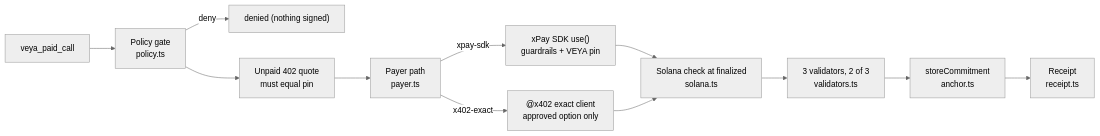
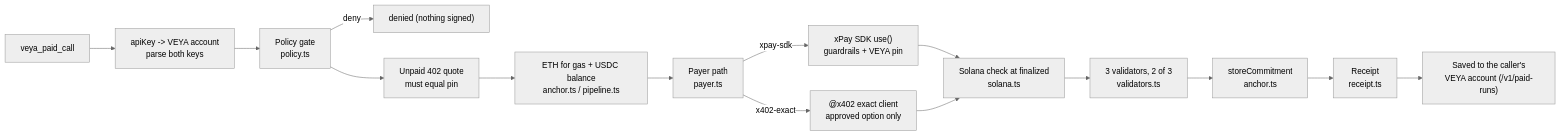
One commit to veyanet/veya-mcp changed the eighth of 8 diagrams in docs/ARCHITECTURE.md. Above: the diagram before and after it, drawn with Mermaid (neutral theme). The commit also changed other lines of this file, not shown here.

Commit message:
docs: update architecture notes for 1.2.11

````diff
--- a/docs/ARCHITECTURE.md
+++ b/docs/ARCHITECTURE.md
@@ -567,14 +567,17 @@
 ```mermaid
 flowchart LR
-  T["veya_paid_call"] --> G["Policy gate<br/>policy.ts"]
+  T["veya_paid_call"] --> K["apiKey -> VEYA account<br/>parse both keys"]
+  K --> G["Policy gate<br/>policy.ts"]
   G -->|deny| D["denied (nothing signed)"]
   G --> Q["Unpaid 402 quote<br/>must equal pin"]
-  Q --> P["Payer path<br/>payer.ts"]
+  Q --> F["ETH for gas + USDC balance<br/>anchor.ts / pipeline.ts"]
+  F --> P["Payer path<br/>payer.ts"]
   P -->|xpay-sdk| X["xPay SDK use()<br/>guardrails + VEYA pin"]
   P -->|x402-exact| E["@x402 exact client<br/>approved option only"]
   X --> S["Solana check at finalized<br/>solana.ts"]
   E --> S
   S --> V["3 validators, 2 of 3<br/>validators.ts"]
   V --> A["storeCommitment<br/>anchor.ts"]
   A --> R["Receipt<br/>receipt.ts"]
+  R --> U["Saved to the caller's<br/>VEYA account (/v1/paid-runs)"]
 ```
````
